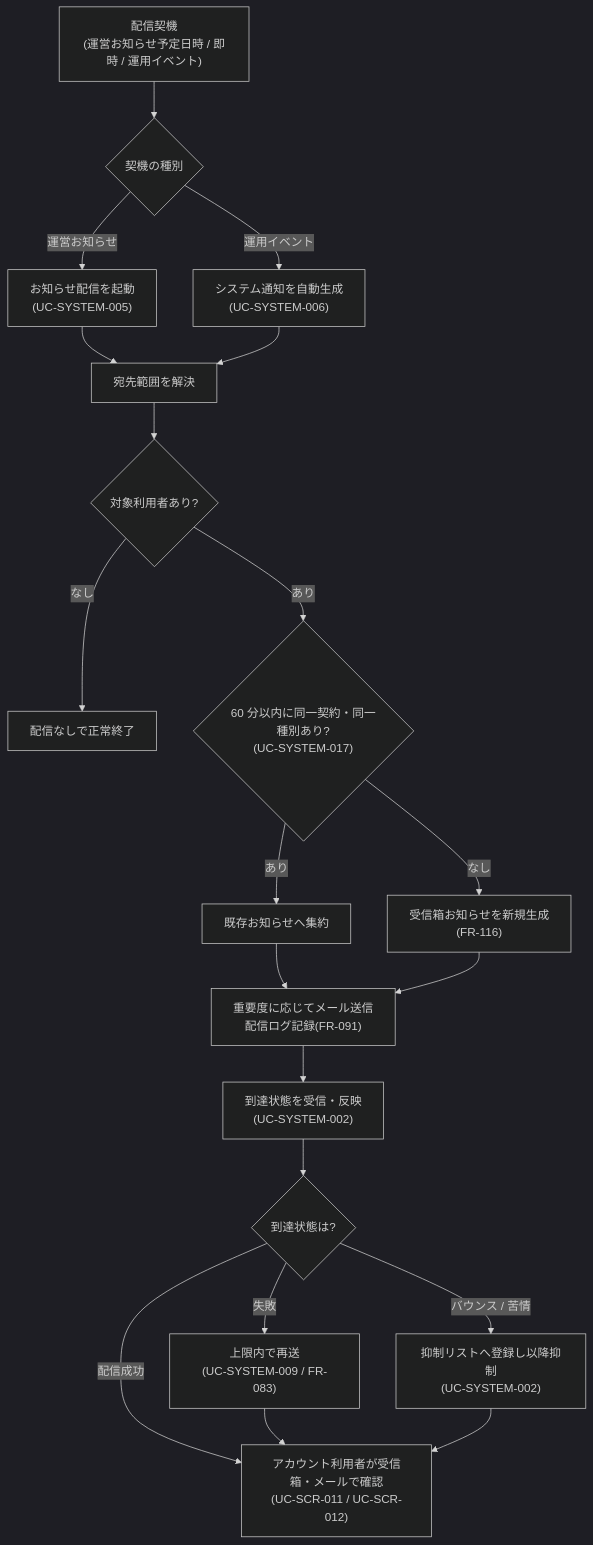
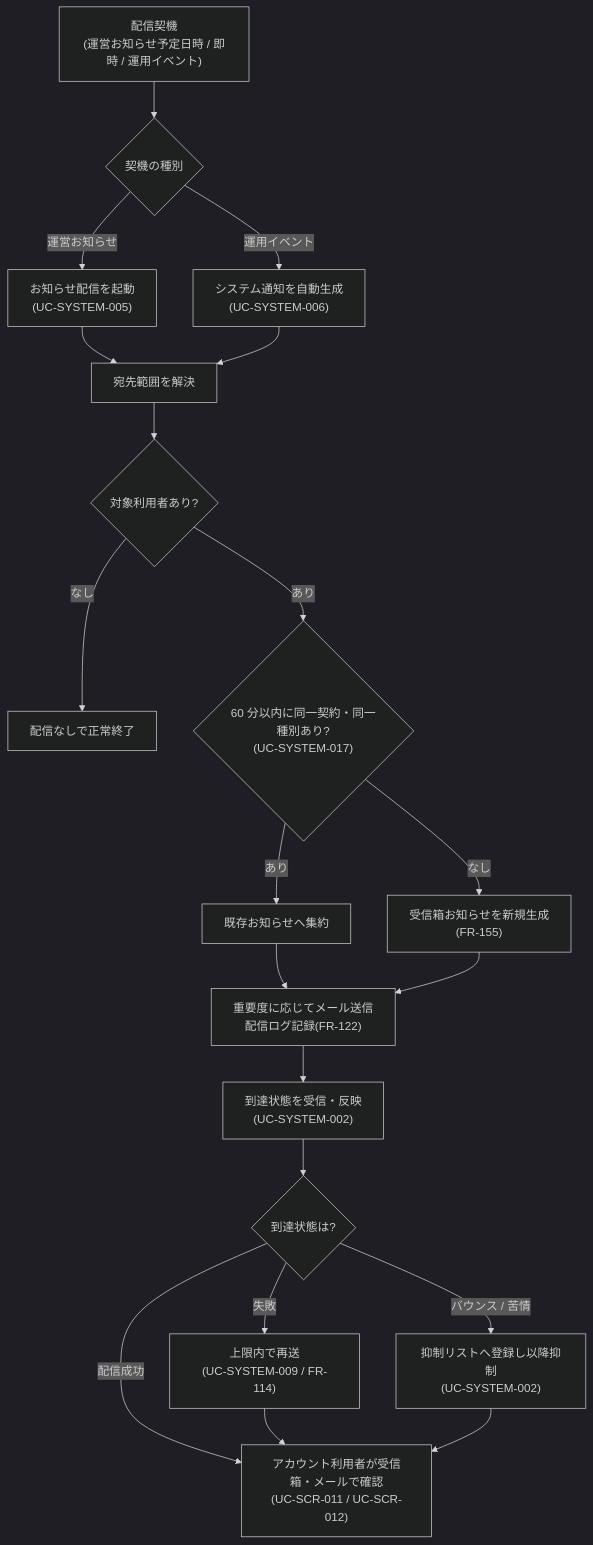
Before and after one commit to sikakou54/open-faq: the diagram in 01_requirements/02_business_usecases/UC-BIZ-012.md, drawn with Mermaid (dark theme). The commit also changed other lines of this file and 571 other files, not shown here.

````diff
--- a/01_requirements/02_business_usecases/UC-BIZ-012.md
+++ b/01_requirements/02_business_usecases/UC-BIZ-012.md
@@ -70,22 +70,22 @@
 ```mermaid
 flowchart TD
   A["配信契機<br/>(運営お知らせ予定日時 / 即時 / 運用イベント)"] --> B{"契機の種別"}
   B -- "運営お知らせ" --> C["お知らせ配信を起動<br/>(UC-SYSTEM-005)"]
   B -- "運用イベント" --> D["システム通知を自動生成<br/>(UC-SYSTEM-006)"]
   C --> E["宛先範囲を解決"]
   D --> E
   E --> F{"対象利用者あり?"}
   F -- "なし" --> Z["配信なしで正常終了"]
   F -- "あり" --> G{"60 分以内に同一契約・同一種別あり?<br/>(UC-SYSTEM-017)"}
   G -- "あり" --> H["既存お知らせへ集約"]
-  G -- "なし" --> I["受信箱お知らせを新規生成<br/>(FR-116)"]
-  H --> J["重要度に応じてメール送信<br/>配信ログ記録(FR-091)"]
+  G -- "なし" --> I["受信箱お知らせを新規生成<br/>(FR-155)"]
+  H --> J["重要度に応じてメール送信<br/>配信ログ記録(FR-122)"]
   I --> J
   J --> K["到達状態を受信・反映<br/>(UC-SYSTEM-002)"]
   K --> L{"到達状態は?"}
   L -- "配信成功" --> M["アカウント利用者が受信箱・メールで確認<br/>(UC-SCR-011 / UC-SCR-012)"]
-  L -- "失敗" --> N["上限内で再送<br/>(UC-SYSTEM-009 / FR-083)"]
+  L -- "失敗" --> N["上限内で再送<br/>(UC-SYSTEM-009 / FR-114)"]
   L -- "バウンス / 苦情" --> O["抑制リストへ登録し以降抑制<br/>(UC-SYSTEM-002)"]
   N --> M
   O --> M
 ```
````
